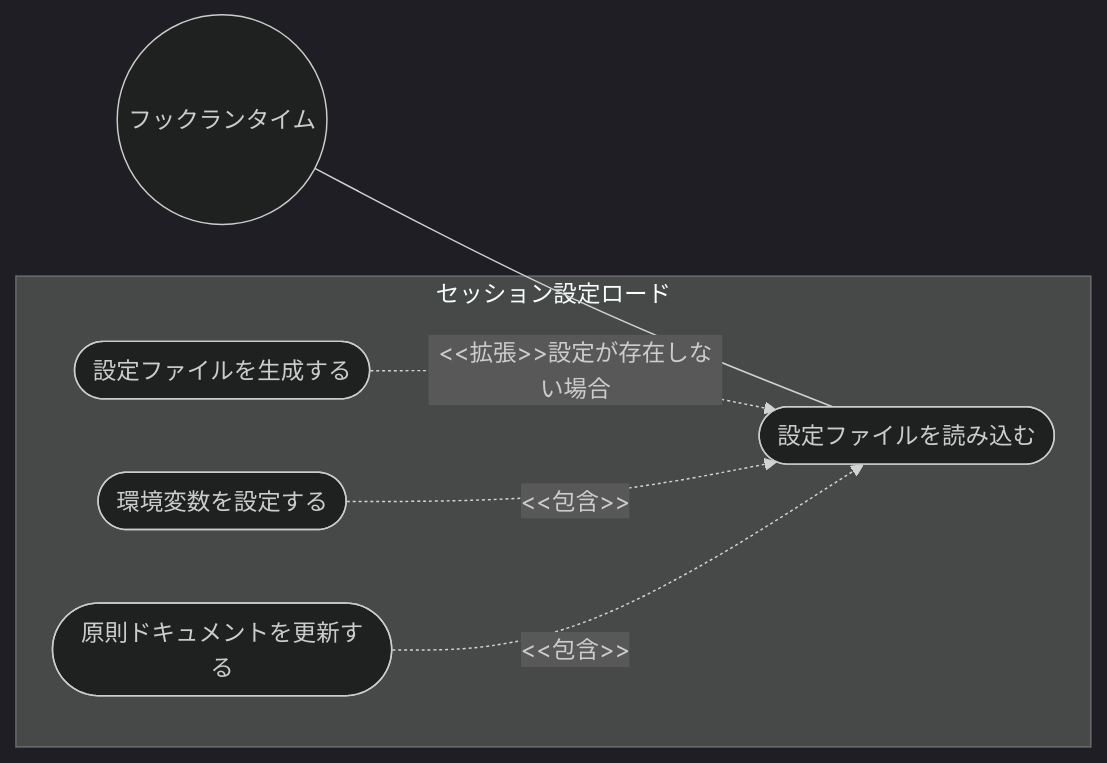
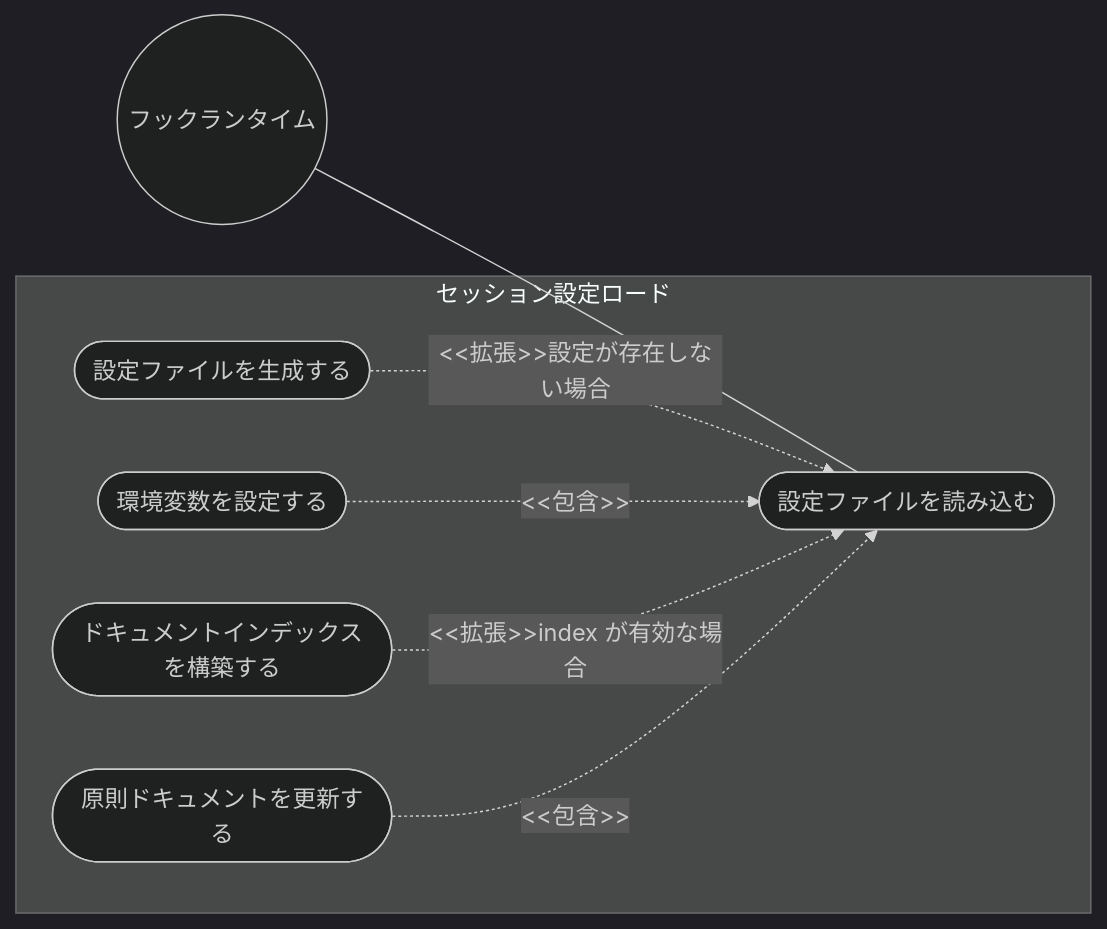
Before and after one commit to ToshikiImagawa/ai-sdd-workflow-dev: the first of 2 diagrams in .sdd/requirement/workflow-foundation/session-config.md, drawn with Mermaid. The commit also changed other lines of this file and 4 other files, not shown here.

````diff
--- a/.sdd/requirement/workflow-foundation/session-config.md
+++ b/.sdd/requirement/workflow-foundation/session-config.md
@@ -34,17 +34,19 @@
 ```mermaid
 %%{init: {'theme': 'dark'}}%%
 flowchart LR
     HookRuntime((フックランタイム))
 
     subgraph SessionConfig["セッション設定ロード"]
         ReadConfig([設定ファイルを読み込む])
         GenerateConfig([設定ファイルを生成する])
         SetEnv([環境変数を設定する])
+        BuildIndex([ドキュメントインデックスを構築する])
         UpdatePrinciples([原則ドキュメントを更新する])
     end
 
     HookRuntime --- ReadConfig
     GenerateConfig -.->|"<<拡張>>設定が存在しない場合"| ReadConfig
     SetEnv -.->|"<<包含>>"| ReadConfig
+    BuildIndex -.->|"<<拡張>>index が有効な場合"| ReadConfig
     UpdatePrinciples -.->|"<<包含>>"| ReadConfig
 ```
````
